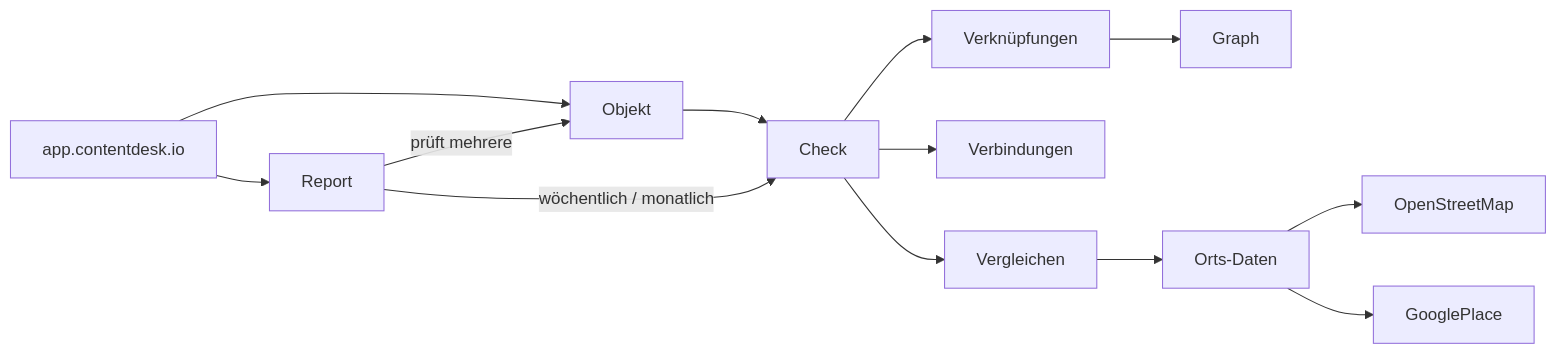
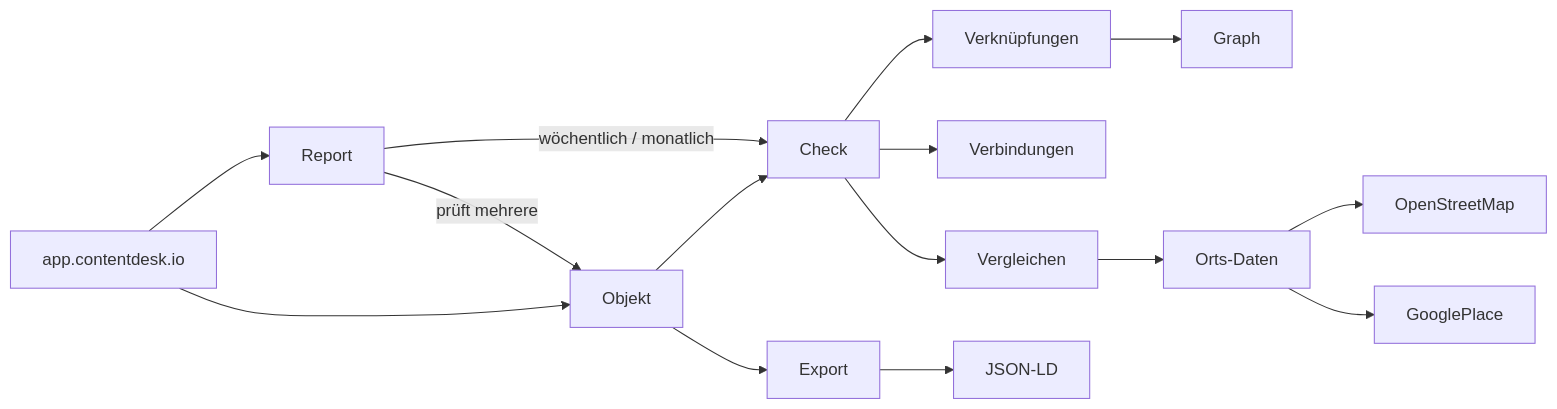
Before and after one commit to tsolenthaler/docs.contentdesk.io: the first of 2 diagrams in docs/connect/app.contentdesk.io/index.md, drawn with Mermaid. The commit also changed 1 other file, not shown here.

Commit message:
Refactor index.md to update section heading for Verknüpfung / AssociationType and add support for Google Place and OpenStreetMap documentation

````diff
--- a/docs/connect/app.contentdesk.io/index.md
+++ b/docs/connect/app.contentdesk.io/index.md
@@ -12,15 +12,25 @@
 ``` mermaid
 flowchart LR
-    app.contentdesk.io-->Objekt
-    app.contentdesk.io-->Report
-    Objekt-->Check
-    Report-->|prüft mehrere|Objekt
-    Report-->|wöchentlich / monatlich|Check
-    Check-->Associations[Verknüpfungen]
-    Associations[Verknüpfungen]-->Graph
-    Check-->Connect[Verbindungen]
-    Check-->Compare[Vergleichen]
-    Compare-->Place[Orts-Daten]
-    Place-->OpenStreetMap
-    Place-->GooglePlace
+    app.contentdesk.io --> Objekt
+    app.contentdesk.io --> Report
+
+    Objekt --> Check
+    Objekt --> Export
+
+    Report -->|prüft mehrere|Objekt
+    Report -->|wöchentlich / monatlich|Check
+
+    Check -->Associations[Verknüpfungen]
+    Check -->Connect[Verbindungen]
+    Check -->Compare[Vergleichen]
+
+    Associations[Verknüpfungen] -->Graph
+    
+    Compare -->Place[Orts-Daten]
+
+    Place -->OpenStreetMap
+    Place -->GooglePlace
+
+    Export --> JSON-LD
+
 ```
````
